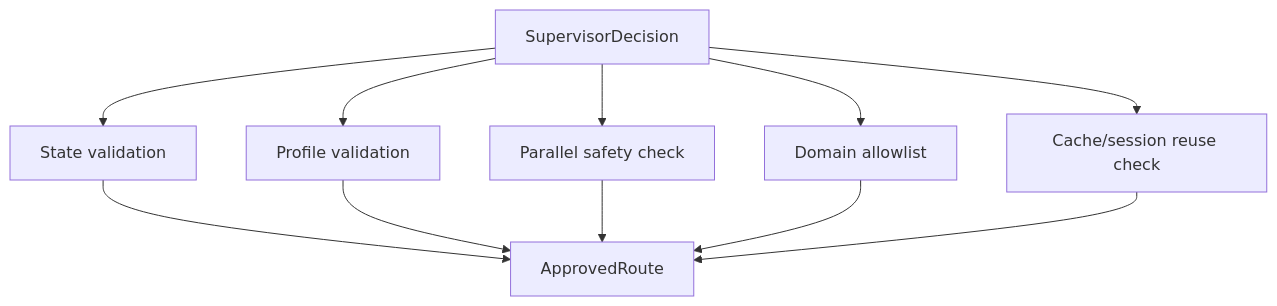
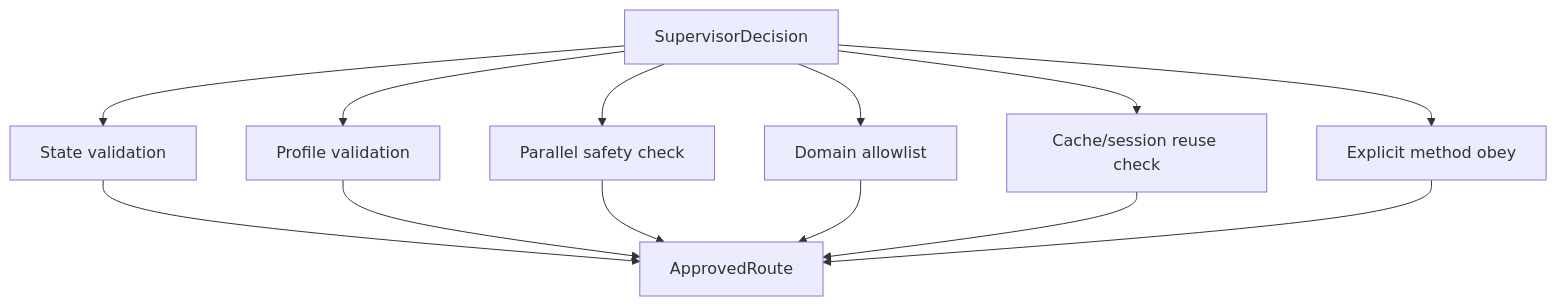
One commit to observer-mimiron/suanming-agent changed the second of 2 diagrams in docs/architecture/supervisor/05-policy-gate.md. Above: the diagram before and after it, drawn with Mermaid. The commit also changed other lines of this file and 102 other files, not shown here.

````diff
--- a/docs/architecture/supervisor/05-policy-gate.md
+++ b/docs/architecture/supervisor/05-policy-gate.md
@@ -26,13 +27,15 @@
 ```mermaid
 flowchart TD
     D["SupervisorDecision"] --> V1["State validation"]
     D --> V2["Profile validation"]
     D --> V3["Parallel safety check"]
     D --> V4["Domain allowlist"]
     D --> V5["Cache/session reuse check"]
+    D --> V6["Explicit method obey"]
     V1 --> R["ApprovedRoute"]
     V2 --> R
     V3 --> R
     V4 --> R
     V5 --> R
+    V6 --> R
 ```
````
